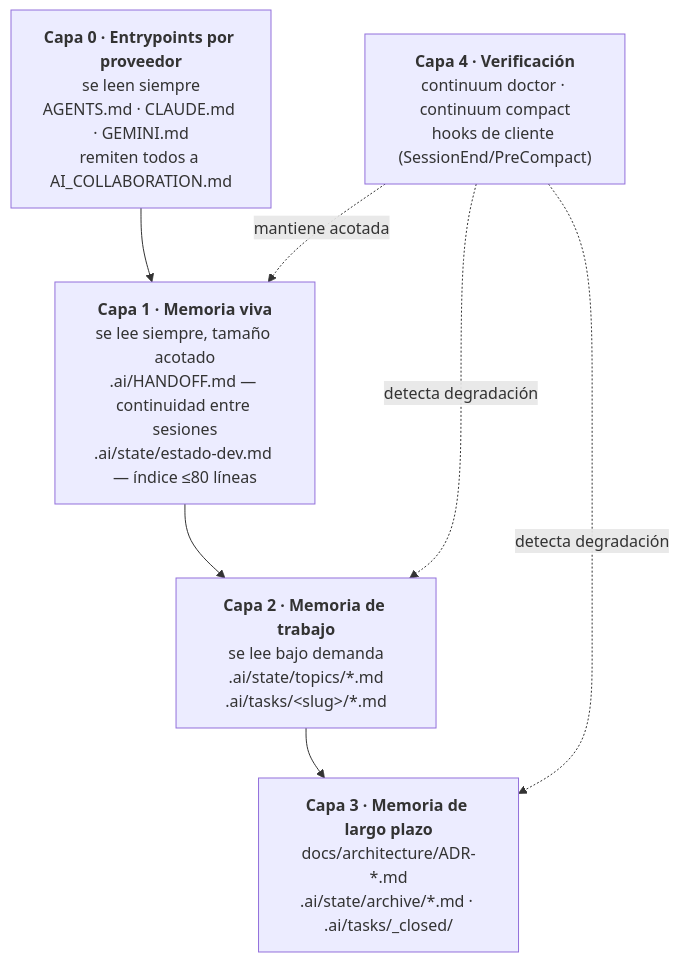
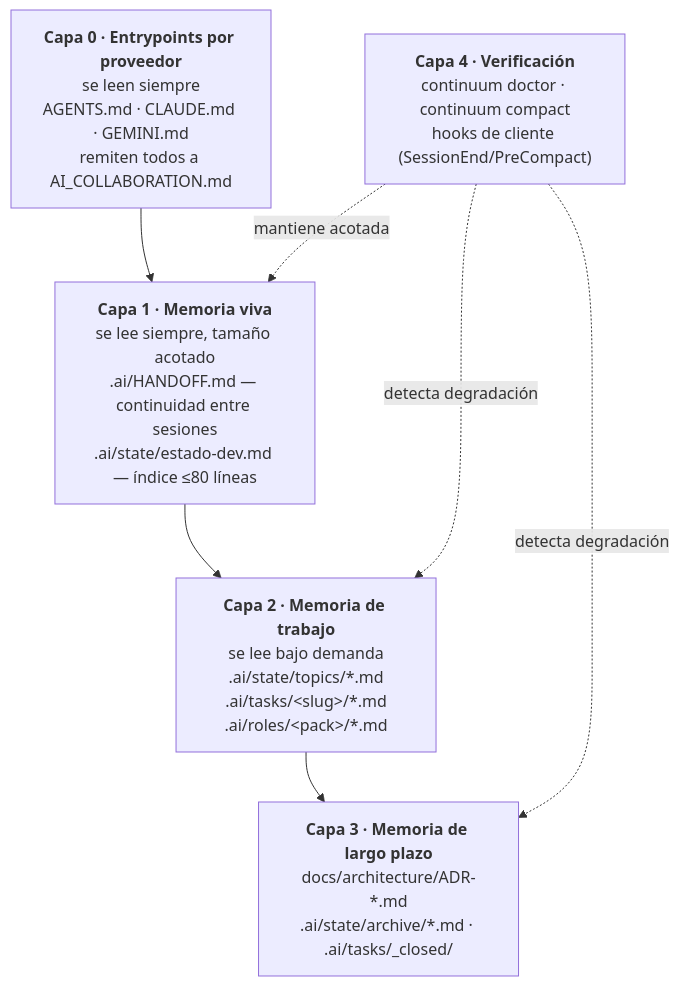
Before and after one commit to mikeroguez/continuum: the first of 2 diagrams in ARCHITECTURE.md, drawn with Mermaid. The commit also changed other lines of this file and 80 other files, not shown here.

````diff
--- a/ARCHITECTURE.md
+++ b/ARCHITECTURE.md
@@ -87,13 +87,13 @@
 ```mermaid
 flowchart TD
     C0["<b>Capa 0 · Entrypoints por proveedor</b><br/>se leen siempre<br/>AGENTS.md · CLAUDE.md · GEMINI.md<br/>remiten todos a AI_COLLABORATION.md"]
     C1["<b>Capa 1 · Memoria viva</b><br/>se lee siempre, tamaño acotado<br/>.ai/HANDOFF.md — continuidad entre sesiones<br/>.ai/state/estado-dev.md — índice ≤80 líneas"]
-    C2["<b>Capa 2 · Memoria de trabajo</b><br/>se lee bajo demanda<br/>.ai/state/topics/*.md<br/>.ai/tasks/&lt;slug&gt;/*.md"]
+    C2["<b>Capa 2 · Memoria de trabajo</b><br/>se lee bajo demanda<br/>.ai/state/topics/*.md<br/>.ai/tasks/&lt;slug&gt;/*.md<br/>.ai/roles/&lt;pack&gt;/*.md"]
     C3["<b>Capa 3 · Memoria de largo plazo</b><br/>docs/architecture/ADR-*.md<br/>.ai/state/archive/*.md · .ai/tasks/_closed/"]
     C4["<b>Capa 4 · Verificación</b><br/>continuum doctor · continuum compact<br/>hooks de cliente (SessionEnd/PreCompact)"]
 
     C0 --> C1 --> C2 --> C3
     C4 -.mantiene acotada.-> C1
     C4 -.detecta degradación.-> C2
     C4 -.detecta degradación.-> C3
 ```
````
